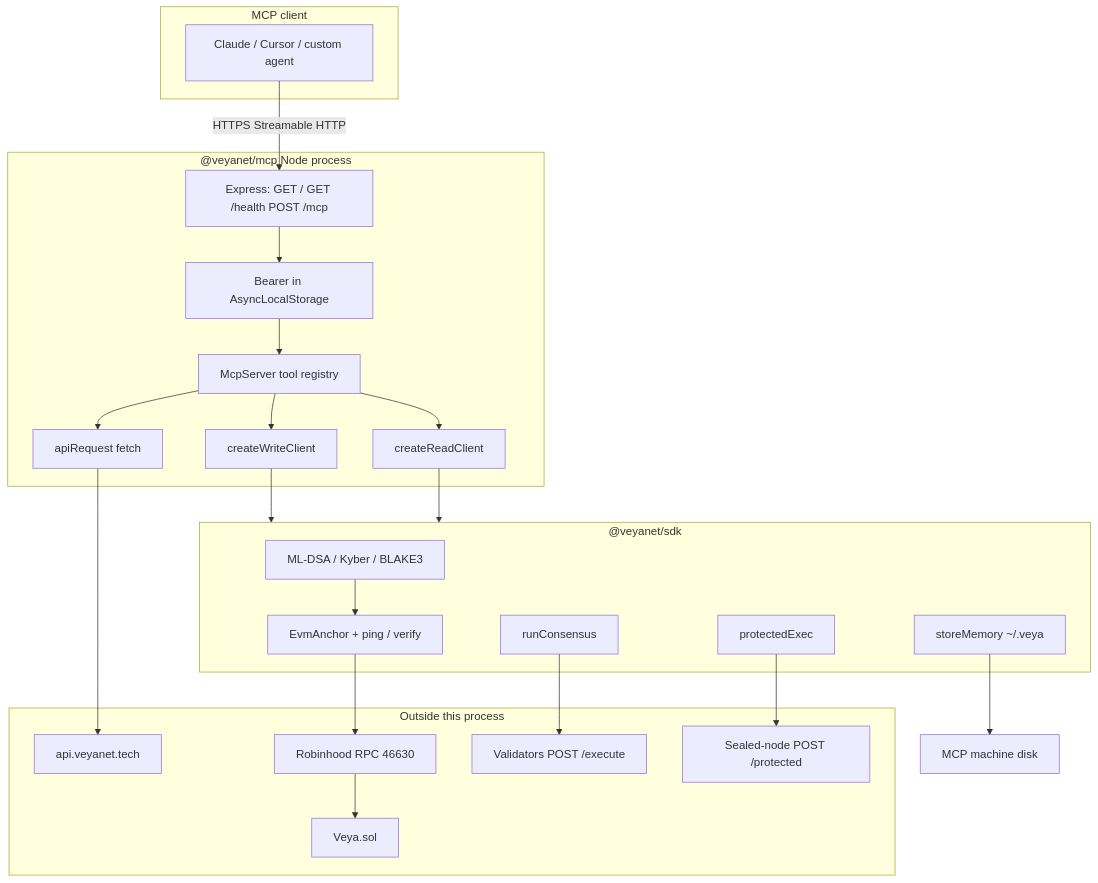
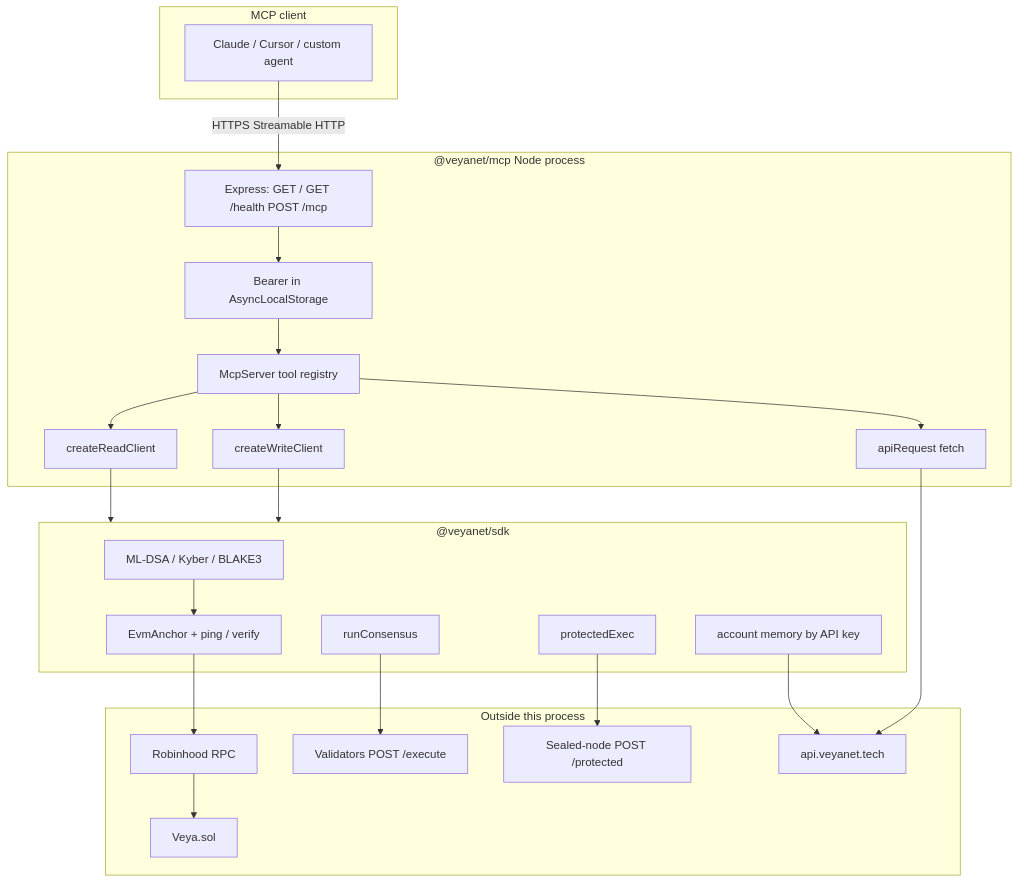
Before and after one commit to veyanet/veya-mcp: the second of 7 diagrams in docs/ARCHITECTURE.md, drawn with Mermaid. The commit also changed other lines of this file, not shown here.

Commit message:
docs: describe mainnet default in architecture notes

````diff
--- a/docs/ARCHITECTURE.md
+++ b/docs/ARCHITECTURE.md
@@ -123,47 +123,47 @@
 ```mermaid
 flowchart TB
   subgraph Client["MCP client"]
     Agent["Claude / Cursor / custom agent"]
   end
 
   subgraph McpHost["@veyanet/mcp Node process"]
     Http["Express: GET / GET /health POST /mcp"]
     Auth["Bearer in AsyncLocalStorage"]
     Tools["McpServer tool registry"]
     ReadCli["createReadClient"]
     WriteCli["createWriteClient"]
     Api["apiRequest fetch"]
   end
 
   subgraph Sdk["@veyanet/sdk"]
     PQ["ML-DSA / Kyber / BLAKE3"]
     Evm["EvmAnchor + ping / verify"]
     Cons["runConsensus"]
     Seal["protectedExec"]
-    Mem["storeMemory ~/.veya"]
+    Mem["account memory by API key"]
   end
 
   subgraph Outside["Outside this process"]
-    RPC["Robinhood RPC 46630"]
+    RPC["Robinhood RPC"]
     API["api.veyanet.tech"]
     Val["Validators POST /execute"]
     SN["Sealed-node POST /protected"]
     Chain["Veya.sol"]
   end
 
   Agent -->|"HTTPS Streamable HTTP"| Http
   Http --> Auth
   Auth --> Tools
   Tools --> ReadCli
   Tools --> WriteCli
   Tools --> Api
   ReadCli --> Sdk
   WriteCli --> Sdk
   PQ --> Evm
   Evm --> RPC
   RPC --> Chain
   Cons --> Val
   Seal --> SN
   Api --> API
-  Mem --> Disk["MCP machine disk"]
+  Mem --> API
 ```
````
